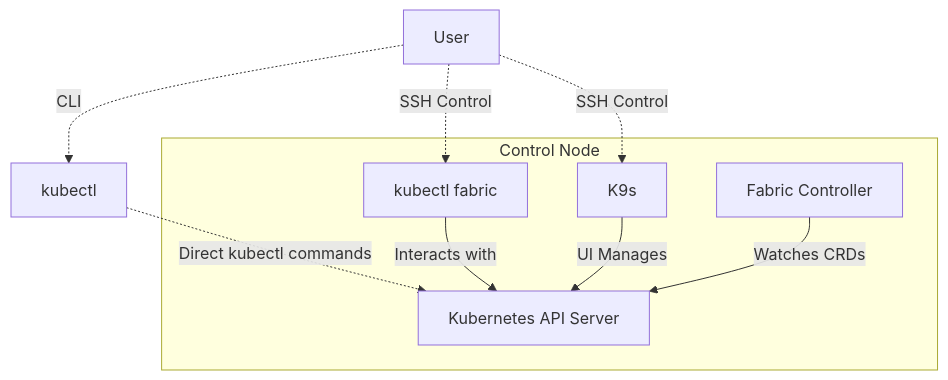
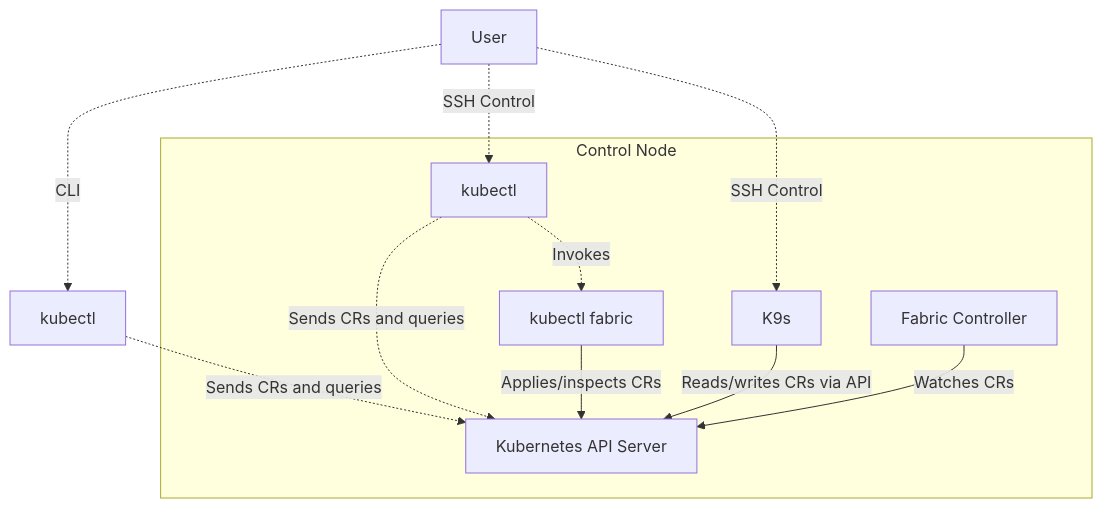
The first of 2 diagrams in docs/architecture/management.md (githedgehog/docs), drawn with Mermaid before and after one commit. The commit also changed other lines of this file, not shown here.

Commit message:
chore: add clarification about kubectl

````diff
--- a/docs/architecture/management.md
+++ b/docs/architecture/management.md
@@ -15,24 +15,27 @@
 ```mermaid
 graph TD
 
 %% Define the nodes
 User[User]
 Kubectl[kubectl]
 
 %% Control Node components
 subgraph ControlNode["Control Node"]
   K8S[Kubernetes API Server]
   FC[Fabric Controller]
   K9s[K9s]
+  KubectlK3s[kubectl]
   KubectlFabric["kubectl fabric"]
 end
 
 %% Define the relationships
-Kubectl -.->|Direct kubectl commands| K8S
+Kubectl -.->|Sends CRs and queries| K8S
+KubectlK3s -.->|Sends CRs and queries| K8S
+KubectlK3s -.->|Invokes| KubectlFabric
+User -.->|SSH Control| KubectlK3s
 User -.->|SSH Control| K9s
 User -.->|CLI| Kubectl
-User -.->|SSH Control| KubectlFabric
-KubectlFabric -->|Interacts with| K8S
-K9s -->|UI Manages| K8S
-FC -->|Watches CRDs| K8S
+KubectlFabric -->|Applies/inspects CRs| K8S
+K9s -->|Reads/writes CRs via API| K8S
+FC -->|Watches CRs| K8S
 ```
````
